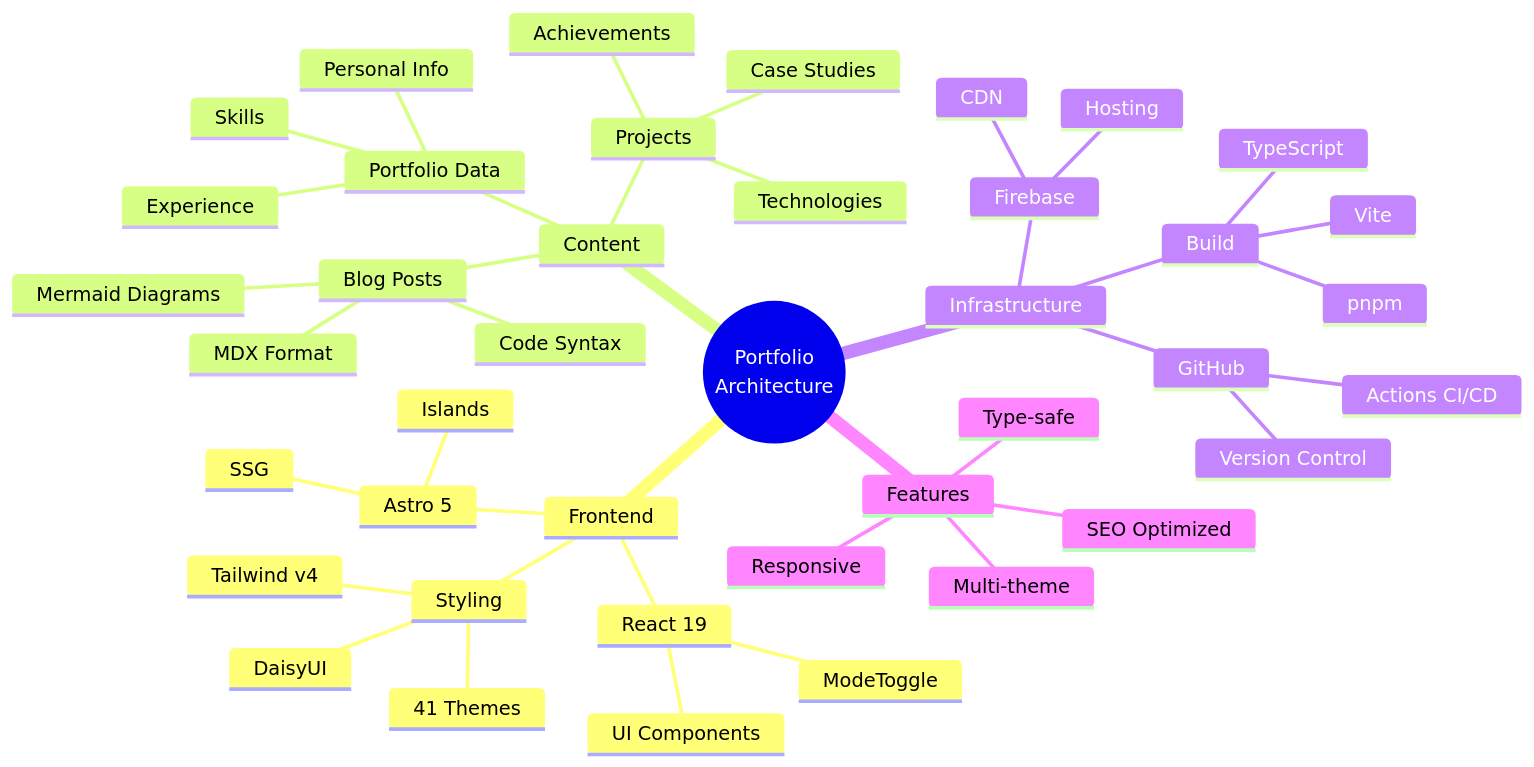
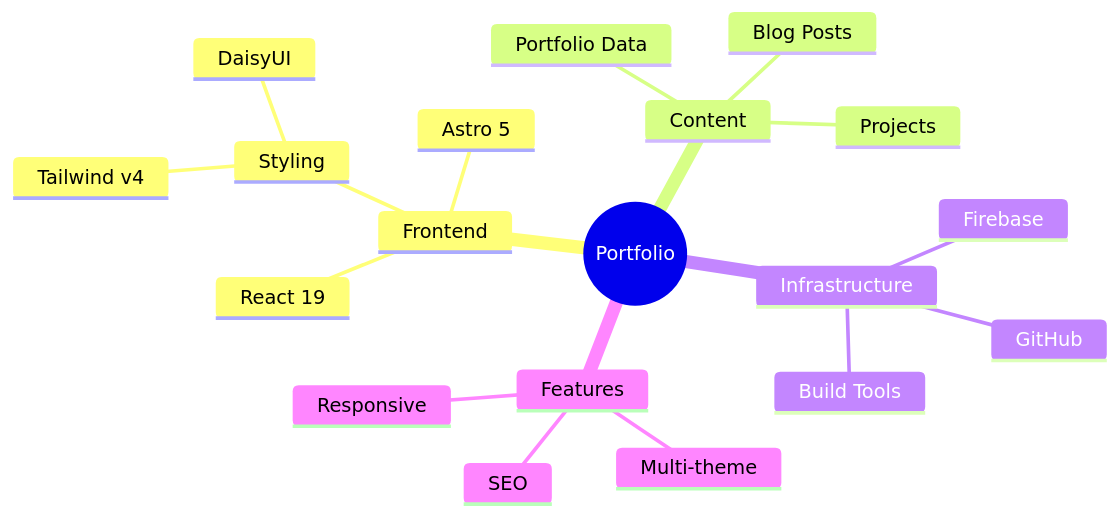
One commit to nilushan/profile-astro changed the tenth of 10 diagrams in src/content/blog/mermaid-diagrams-software-development.mdx. Above: the diagram before and after it, drawn with Mermaid. The commit also changed other lines of this file and 1 other file, not shown here.

````diff
--- a/src/content/blog/mermaid-diagrams-software-development.mdx
+++ b/src/content/blog/mermaid-diagrams-software-development.mdx
@@ -500,44 +423,22 @@
 ```mermaid
 mindmap
-    root((Portfolio<br/>Architecture))
+    root((Portfolio))
         Frontend
             Astro 5
-                SSG
-                Islands
             React 19
-                ModeToggle
-                UI Components
             Styling
                 Tailwind v4
                 DaisyUI
-                41 Themes
         Content
             Blog Posts
-                MDX Format
-                Code Syntax
-                Mermaid Diagrams
             Projects
-                Case Studies
-                Technologies
-                Achievements
             Portfolio Data
-                Personal Info
-                Skills
-                Experience
         Infrastructure
             GitHub
-                Version Control
-                Actions CI/CD
             Firebase
-                Hosting
-                CDN
-            Build
-                pnpm
-                Vite
-                TypeScript
+            Build Tools
         Features
             Multi-theme
-            SEO Optimized
+            SEO
             Responsive
-            Type-safe
 ```
````
